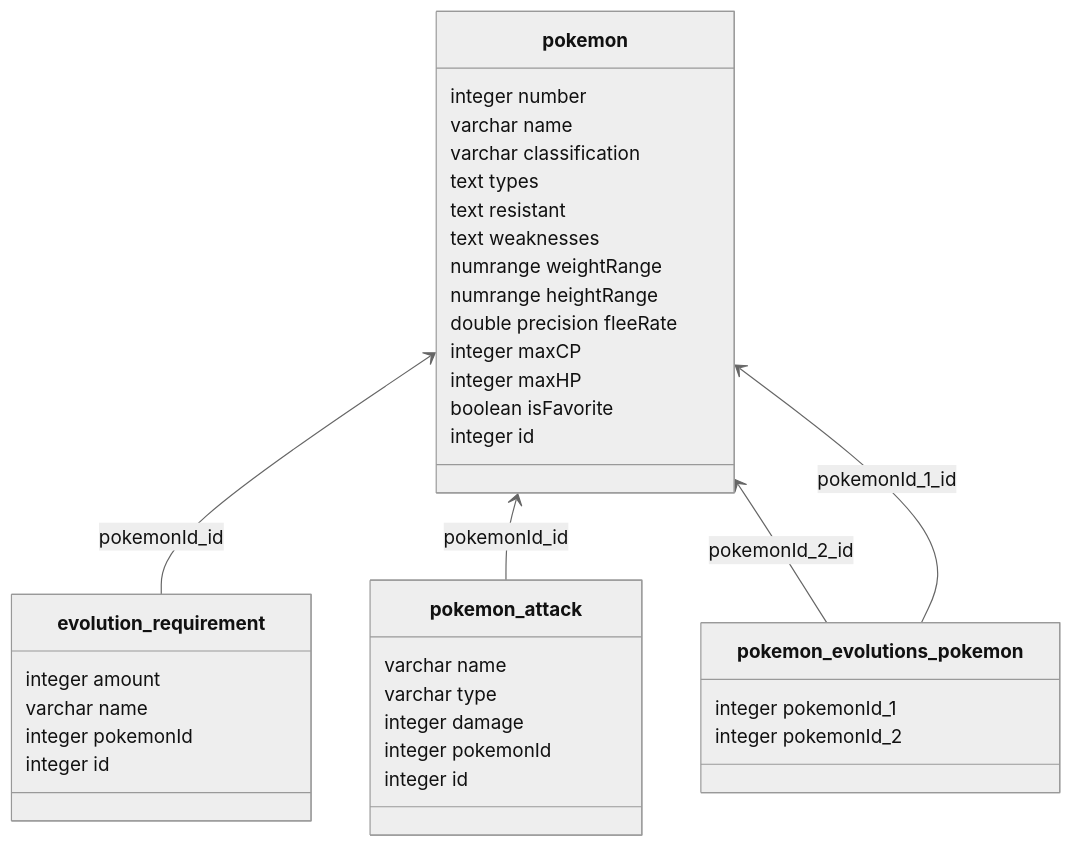
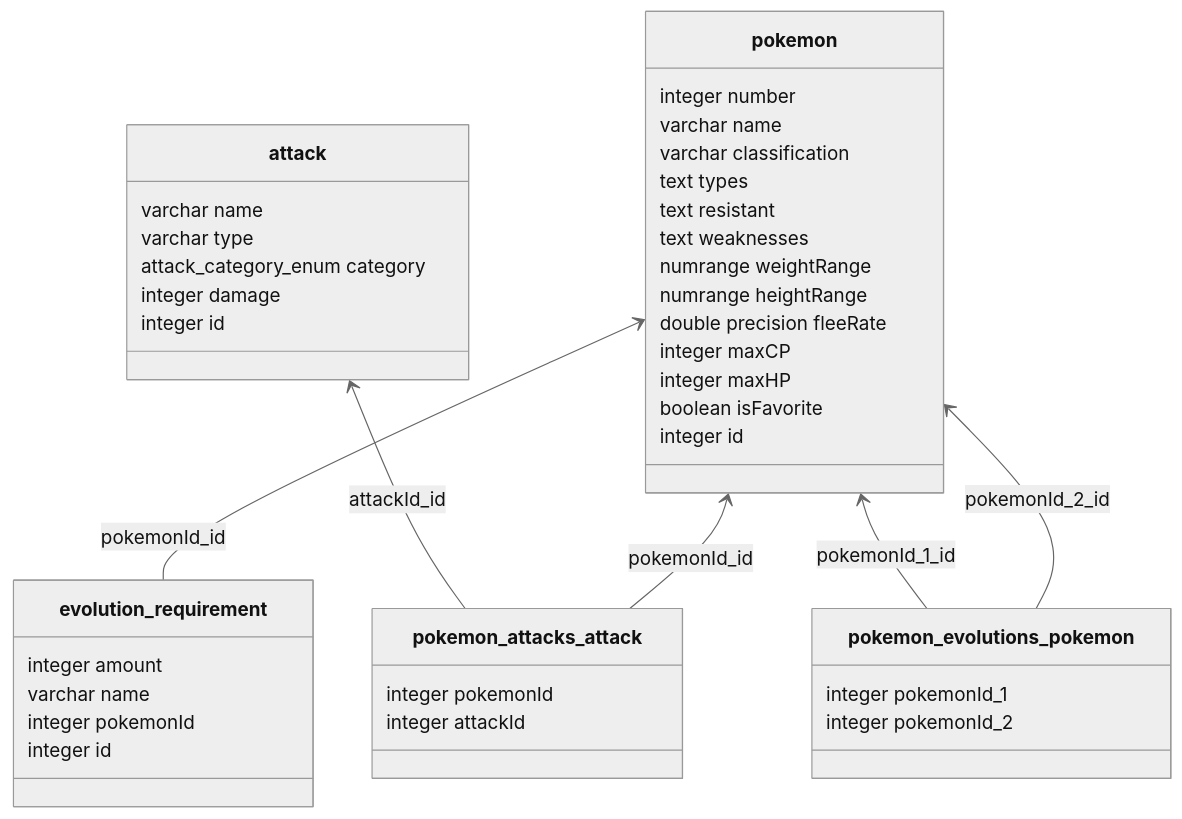
One commit to developer239/pokemon-gql changed the diagram in README.md. Above: the diagram before and after it, drawn with Mermaid (neutral theme). The commit also changed 10 other files, not shown here.

````diff
--- a/README.md
+++ b/README.md
@@ -36,42 +36,51 @@
 ```mermaid
 classDiagram
   direction BT
+
+  class attack {
+    varchar name
+    varchar type
+    attack_category_enum category
+    integer damage
+    integer id
+  }
+
   class evolution_requirement {
     integer amount
     varchar name
     integer pokemonId
     integer id
   }
 
   class pokemon {
     integer number
     varchar name
     varchar classification
     text types
     text resistant
     text weaknesses
     numrange weightRange
     numrange heightRange
     double precision fleeRate
     integer maxCP
     integer maxHP
     boolean isFavorite
     integer id
   }
-  class pokemon_attack {
-    varchar name
-    varchar type
-    integer damage
+
+  class pokemon_attacks_attack {
     integer pokemonId
-    integer id
+    integer attackId
   }
+
   class pokemon_evolutions_pokemon {
     integer pokemonId_1
     integer pokemonId_2
   }
 
   evolution_requirement  -->  pokemon : pokemonId_id
-  pokemon_attack  -->  pokemon : pokemonId_id
+  pokemon_attacks_attack  -->  attack : attackId_id
+  pokemon_attacks_attack  -->  pokemon : pokemonId_id
+  pokemon_evolutions_pokemon  -->  pokemon : pokemonId_1_id
   pokemon_evolutions_pokemon  -->  pokemon : pokemonId_2_id
-  pokemon_evolutions_pokemon  -->  pokemon : pokemonId_1_id
 ```
````
